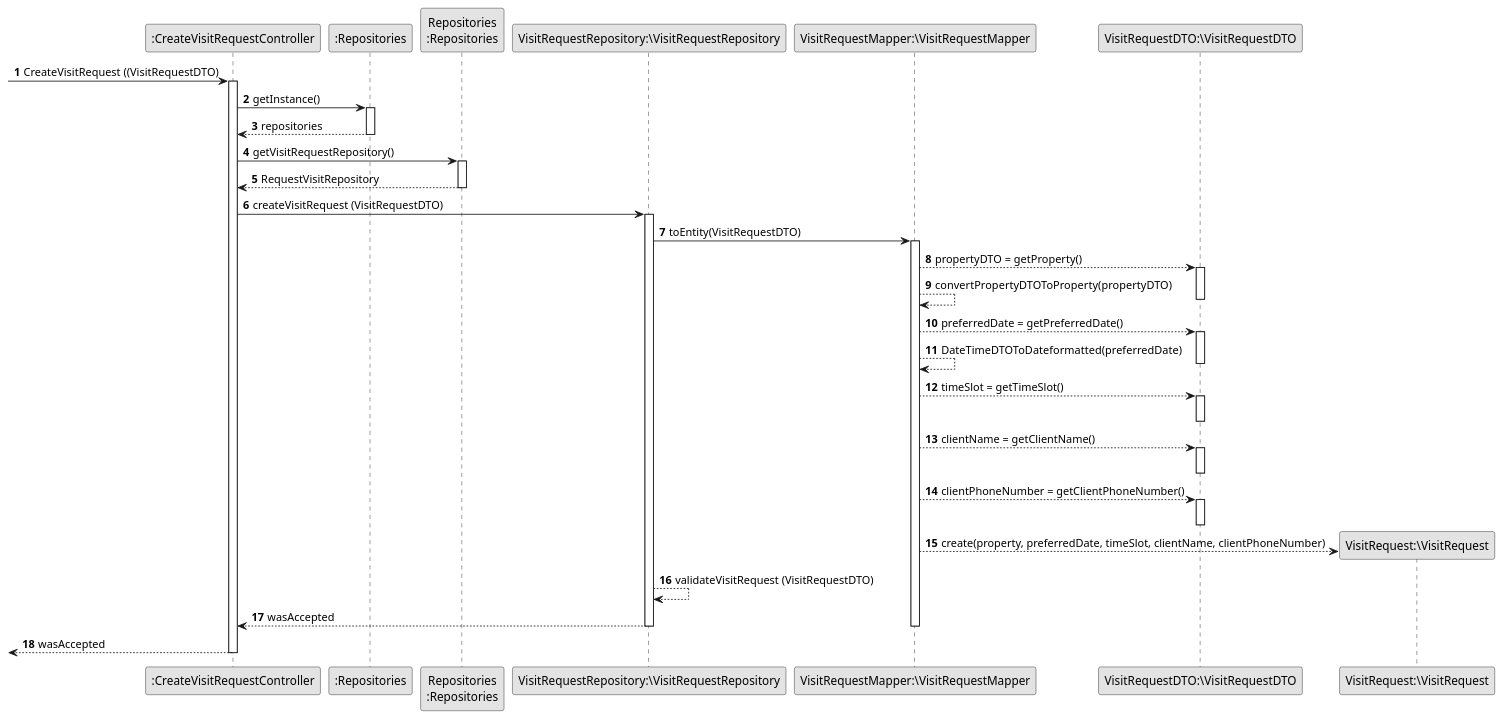
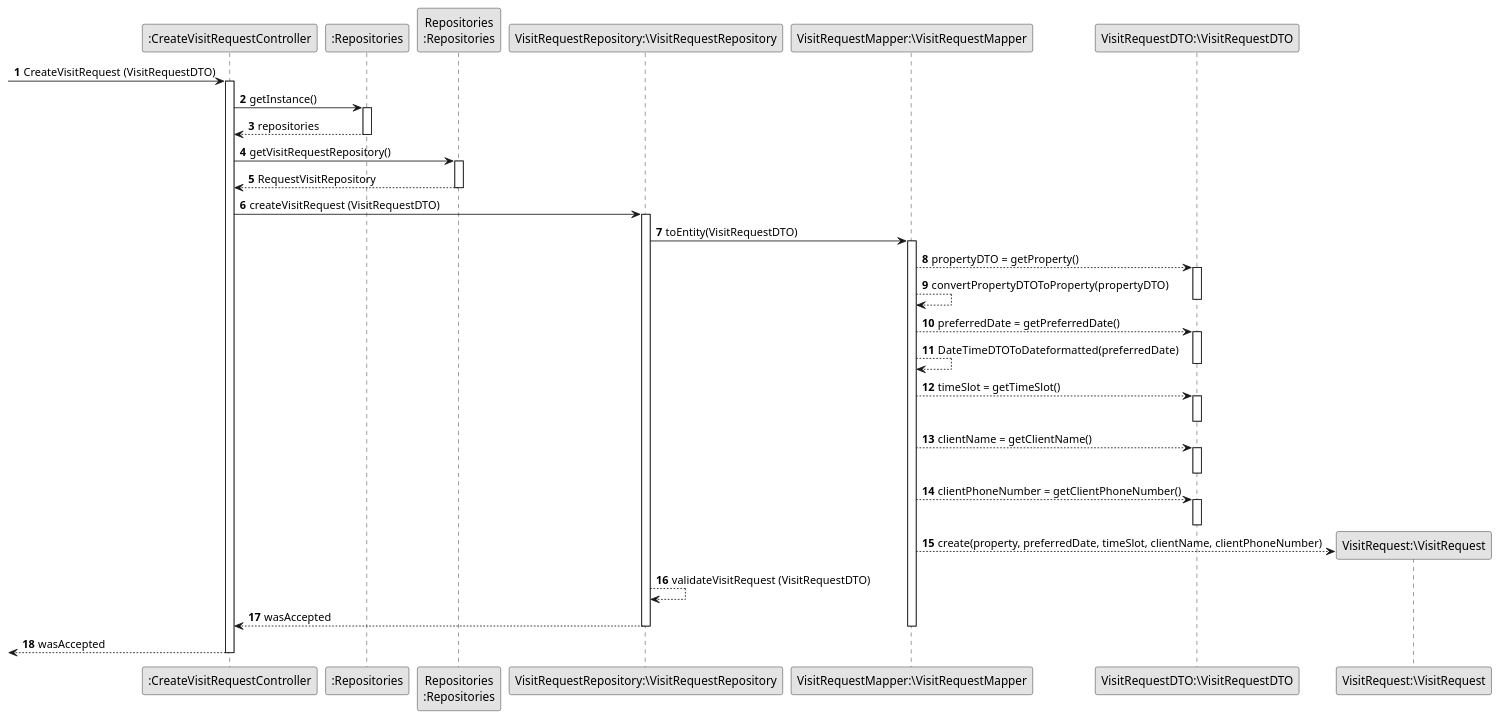
One commit to Shushizinho/RealEstateUSASystem changed the diagram in docs/sprintD/us009/03.design/puml/us009-sequence-diagram-partial-create-visit-request.puml. Above: the diagram before and after it, drawn with PlantUML. The commit also changed 10 other files, not shown here.

```diff
--- a/docs/sprintD/us009/03.design/puml/us009-sequence-diagram-partial-create-visit-request.puml
+++ b/docs/sprintD/us009/03.design/puml/us009-sequence-diagram-partial-create-visit-request.puml
@@ -1,73 +1,73 @@
 @startuml
 'https://plantuml.com/sequence-diagram
 skinparam monochrome true
 skinparam packageStyle rectangle
 skinparam shadowing false
 
 participant ":CreateVisitRequestController" as CTRL
 participant ":Repositories" as RepositorySingleton
 participant "Repositories\n:Repositories" as PLAT
 participant "VisitRequestRepository:\VisitRequestRepository" as VRR
 participant "VisitRequestMapper:\VisitRequestMapper" as VRM
 participant "VisitRequestDTO:\VisitRequestDTO" as VRDTO
 participant "VisitRequest:\VisitRequest" as VR
 
 
 autonumber
--> CTRL : CreateVisitRequest ((VisitRequestDTO)
+-> CTRL : CreateVisitRequest (VisitRequestDTO)
 
 
         activate CTRL
 
             CTRL -> RepositorySingleton : getInstance()
 
 
             activate RepositorySingleton
 
             RepositorySingleton --> CTRL: repositories
             deactivate RepositorySingleton
 
             CTRL -> PLAT : getVisitRequestRepository()
             activate PLAT
 
             PLAT --> CTRL : RequestVisitRepository
             deactivate PLAT
 
 
              CTRL -> VRR :createVisitRequest (VisitRequestDTO)
                         activate VRR
 
 
             VRR -> VRM :toEntity(VisitRequestDTO)
             activate VRM
             
             VRM --> VRDTO : propertyDTO = getProperty()
             activate VRDTO
             VRM --> VRM : convertPropertyDTOToProperty(propertyDTO)
             deactivate VRDTO
             VRM --> VRDTO : preferredDate = getPreferredDate()
             activate VRDTO
             VRM --> VRM : DateTimeDTOToDateformatted(preferredDate)
             deactivate VRDTO
             VRM --> VRDTO : timeSlot = getTimeSlot()
             activate VRDTO
             deactivate VRDTO
             VRM --> VRDTO : clientName = getClientName()
             activate VRDTO
             deactivate VRDTO
             VRM --> VRDTO : clientPhoneNumber = getClientPhoneNumber()
             activate VRDTO
             deactivate VRDTO
 
 
            VRM --> VR** : create(property, preferredDate, timeSlot, clientName, clientPhoneNumber)
 
            VRR --> VRR : validateVisitRequest (VisitRequestDTO)
 
             VRR --> CTRL : wasAccepted
             deactivate VRM
             deactivate VRR
 
         <-- CTRL : wasAccepted
         deactivate CTRL
 @enduml
```
